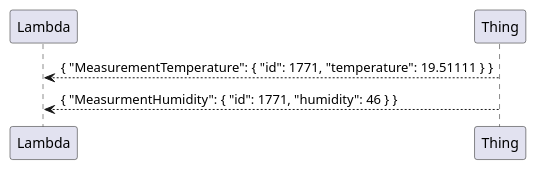
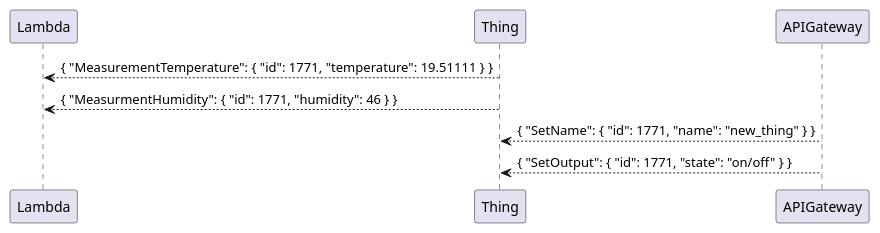
Before and after one commit to rust-iot-things/protocol: the diagram in topics/thing_input.puml, drawn with PlantUML. The commit also changed 2 other files, not shown here.

```diff
--- a/topics/thing_input.puml
+++ b/topics/thing_input.puml
@@ -1,6 +1,9 @@
 @startuml thing_input
 
 Lambda <-- Thing: { "MeasurementTemperature": { "id": 1771, "temperature": 19.51111 } }
 Lambda <-- Thing: { "MeasurmentHumidity": { "id": 1771, "humidity": 46 } }
 
+APIGateway --> Thing: { "SetName": { "id": 1771, "name": "new_thing" } }
+APIGateway --> Thing: { "SetOutput": { "id": 1771, "state": "on/off" } }
+
 @enduml
```
